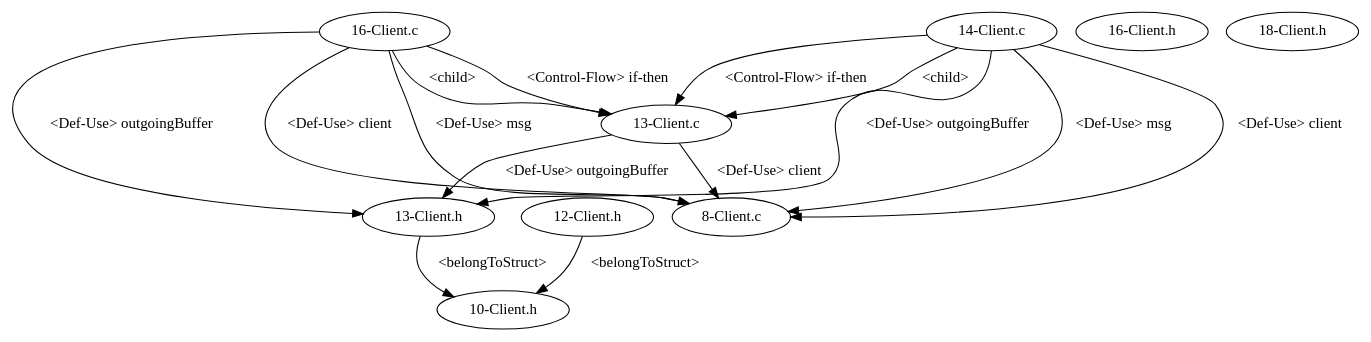
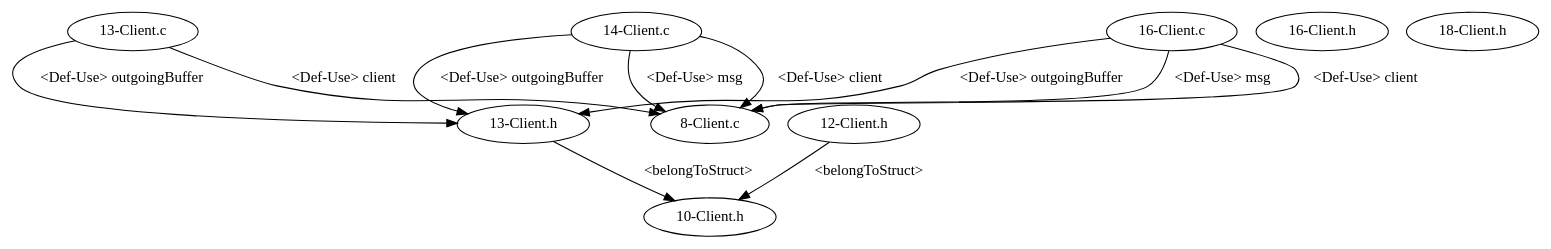
One commit to shuiblue/JDimeForCpp changed the diagram in testcpp/dependencyGraph/EmailSystem/test_10/graph.gv. Above: the diagram before and after it, drawn with Graphviz. The commit also changed 17 other files, not shown here.

```diff
--- a/testcpp/dependencyGraph/EmailSystem/test_10/graph.gv
+++ b/testcpp/dependencyGraph/EmailSystem/test_10/graph.gv
@@ -1,25 +1,21 @@
 digraph {
 1 [label = "8-Client.c"];
 2 [label = "13-Client.c"];
 2 -> 1[label="<Def-Use> client"];
 3 [label = "14-Client.c"];
 3 -> 1[label="<Def-Use> client"];
 3 -> 1[label="<Def-Use> msg"];
-3 -> 2[label="<child>"];
 4 [label = "16-Client.c"];
 4 -> 1[label="<Def-Use> client"];
-4 -> 2[label="<child>"];
 4 -> 1[label="<Def-Use> msg"];
-3 -> 2[label="<Control-Flow> if-then"];
-4 -> 2[label="<Control-Flow> if-then"];
 5 [label = "10-Client.h"];
 6 [label = "12-Client.h"];
 7 [label = "13-Client.h"];
 6 -> 5[label="<belongToStruct>"];
 7 -> 5[label="<belongToStruct>"];
 8 [label = "16-Client.h"];
 9 [label = "18-Client.h"];
-4 -> 7[label="<Def-Use> outgoingBuffer"];
 3 -> 7[label="<Def-Use> outgoingBuffer"];
 2 -> 7[label="<Def-Use> outgoingBuffer"];
+4 -> 7[label="<Def-Use> outgoingBuffer"];
 }
```
